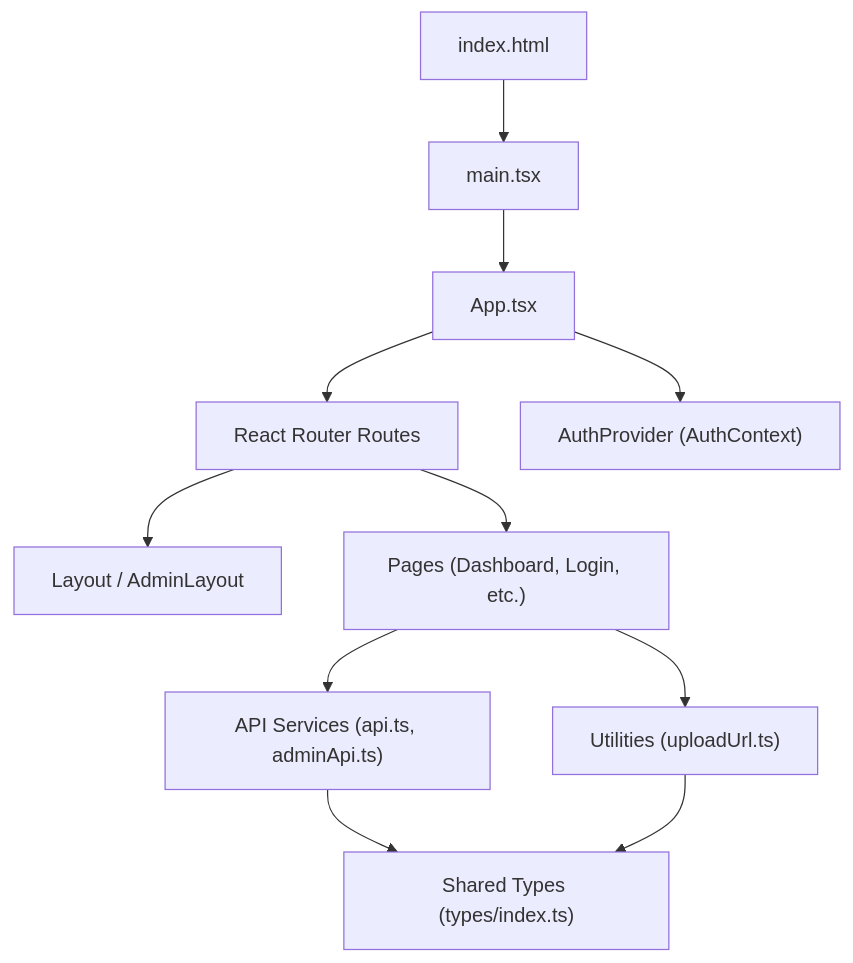
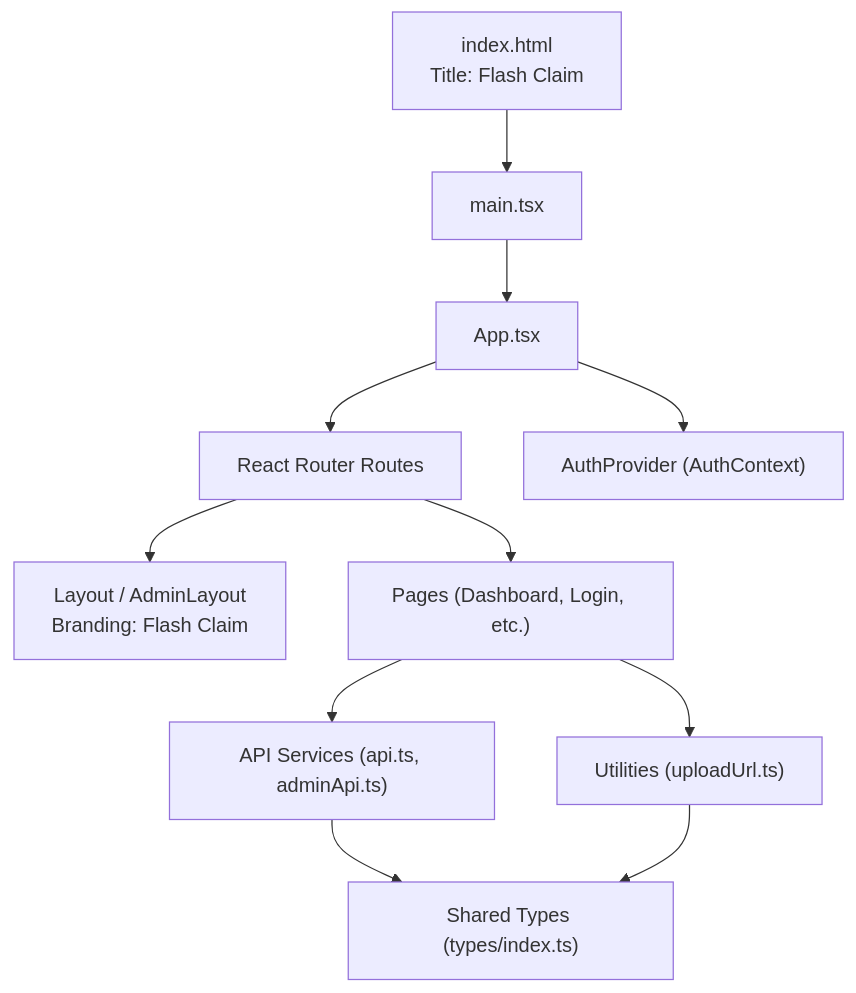
The first of 11 diagrams in .qoder/repowiki/en/content/Frontend Documentation/Frontend Documentation.md (NaveenHiranya/Smart-Vehicle-Insurance-Claim-System), drawn with Mermaid before and after one commit. The commit also changed other lines of this file and 7 other files, not shown here.

````diff
--- a/.qoder/repowiki/en/content/Frontend Documentation/Frontend Documentation.md
+++ b/.qoder/repowiki/en/content/Frontend Documentation/Frontend Documentation.md
@@ -53,13 +57,13 @@
 ```mermaid
 graph TB
-HTML["index.html"] --> MAIN["main.tsx"]
+HTML["index.html<br/>Title: Flash Claim"] --> MAIN["main.tsx"]
 MAIN --> APP["App.tsx"]
 APP --> ROUTER["React Router Routes"]
 APP --> AUTH["AuthProvider (AuthContext)"]
-ROUTER --> LAYOUTS["Layout / AdminLayout"]
+ROUTER --> LAYOUTS["Layout / AdminLayout<br/>Branding: Flash Claim"]
 ROUTER --> PAGES["Pages (Dashboard, Login, etc.)"]
 PAGES --> SERVICES["API Services (api.ts, adminApi.ts)"]
 PAGES --> UTILS["Utilities (uploadUrl.ts)"]
 SERVICES --> TYPES["Shared Types (types/index.ts)"]
 UTILS --> TYPES
 ```
````
